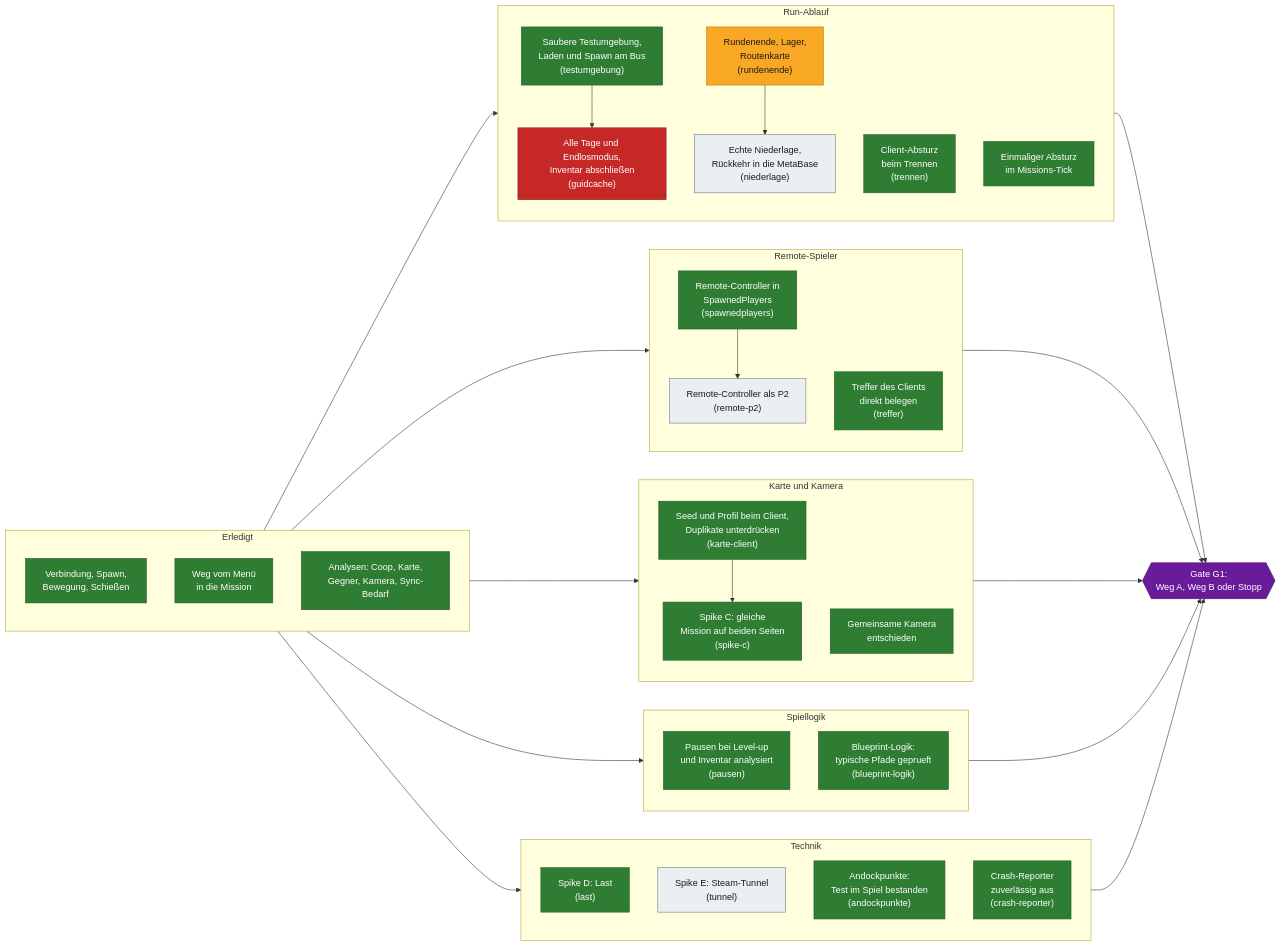
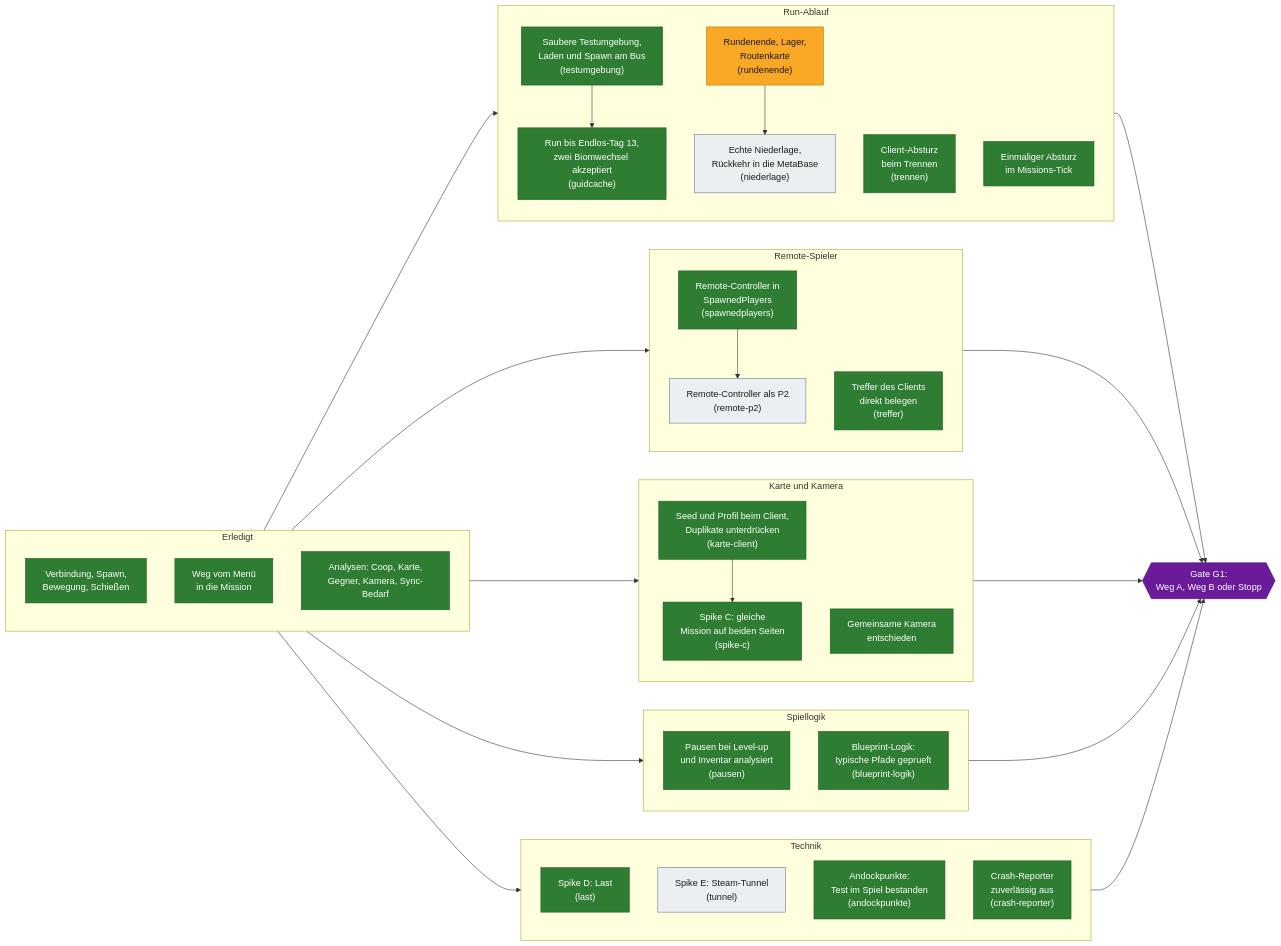
Before and after one commit to VitaminStack/Deadly-Days-Roadtrip-Multiplayer-Mod: the second of 4 diagrams in docs/ROADMAP.md, drawn with Mermaid. The commit also changed other lines of this file and 26 other files, not shown here.

First line of the commit message:
guidcache: Run/Endlos absichern und Test-Godmode (#63)

````diff
--- a/docs/ROADMAP.md
+++ b/docs/ROADMAP.md
@@ -76,66 +77,66 @@
 ```mermaid
 flowchart LR
     subgraph BASIS["Erledigt"]
         A1["Verbindung, Spawn,<br/>Bewegung, Schießen"]:::done
         A2["Weg vom Menü<br/>in die Mission"]:::done
         A3["Analysen: Coop, Karte,<br/>Gegner, Kamera, Sync-Bedarf"]:::done
     end
 
     subgraph RUN["Run-Ablauf"]
         TE["Saubere Testumgebung,<br/>Laden und Spawn am Bus<br/>(testumgebung)"]:::done
-        T3["Alle Tage und Endlosmodus,<br/>Inventar abschließen<br/>(guidcache)"]:::blocker
+        T3["Run bis Endlos-Tag 13,<br/>zwei Biomwechsel akzeptiert<br/>(guidcache)"]:::done
         TE --> T3
         RE["Rundenende, Lager,<br/>Routenkarte<br/>(rundenende)"]:::wip
         NI["Echte Niederlage,<br/>Rückkehr in die MetaBase<br/>(niederlage)"]:::open
         TR["Client-Absturz<br/>beim Trennen<br/>(trennen)"]:::done
         MT["Einmaliger Absturz<br/>im Missions-Tick"]:::done
         RE --> NI
     end
 
     subgraph SPIELER["Remote-Spieler"]
         SP["Remote-Controller in<br/>SpawnedPlayers<br/>(spawnedplayers)"]:::done
         RP["Remote-Controller als P2<br/>(remote-p2)"]:::open
         TF["Treffer des Clients<br/>direkt belegen<br/>(treffer)"]:::done
         SP --> RP
     end
 
     subgraph WELT["Karte und Kamera"]
         KC["Seed und Profil beim Client,<br/>Duplikate unterdrücken<br/>(karte-client)"]:::done
         SC["Spike C: gleiche<br/>Mission auf beiden Seiten<br/>(spike-c)"]:::done
         KE["Gemeinsame Kamera<br/>entschieden"]:::done
         KC --> SC
     end
 
     subgraph LOGIK["Spiellogik"]
         PA["Pausen bei Level-up<br/>und Inventar analysiert<br/>(pausen)"]:::done
         BP["Blueprint-Logik:<br/>typische Pfade geprueft<br/>(blueprint-logik)"]:::done
     end
 
     subgraph TECHNIK["Technik"]
         LA["Spike D: Last<br/>(last)"]:::done
         TU["Spike E: Steam-Tunnel<br/>(tunnel)"]:::open
         AP["Andockpunkte:<br/>Test im Spiel bestanden<br/>(andockpunkte)"]:::done
         CR["Crash-Reporter<br/>zuverlässig aus<br/>(crash-reporter)"]:::done
     end
 
     BASIS --> RUN
     BASIS --> SPIELER
     BASIS --> WELT
     BASIS --> LOGIK
     BASIS --> TECHNIK
 
     RUN --> G1
     SPIELER --> G1
     WELT --> G1
     LOGIK --> G1
     TECHNIK --> G1
 
     G1{{"Gate G1:<br/>Weg A, Weg B oder Stopp"}}:::gate
 
     classDef done fill:#2e7d32,stroke:#1b5e20,color:#ffffff
     classDef wip fill:#f9a825,stroke:#b27a00,color:#1a1a1a
     classDef open fill:#eceff1,stroke:#607d8b,color:#1a1a1a
     classDef blocker fill:#c62828,stroke:#7f1d1d,color:#ffffff
     classDef decision fill:#ef6c00,stroke:#a34800,color:#ffffff
     classDef gate fill:#6a1b9a,stroke:#3e1163,color:#ffffff
 ```
````
